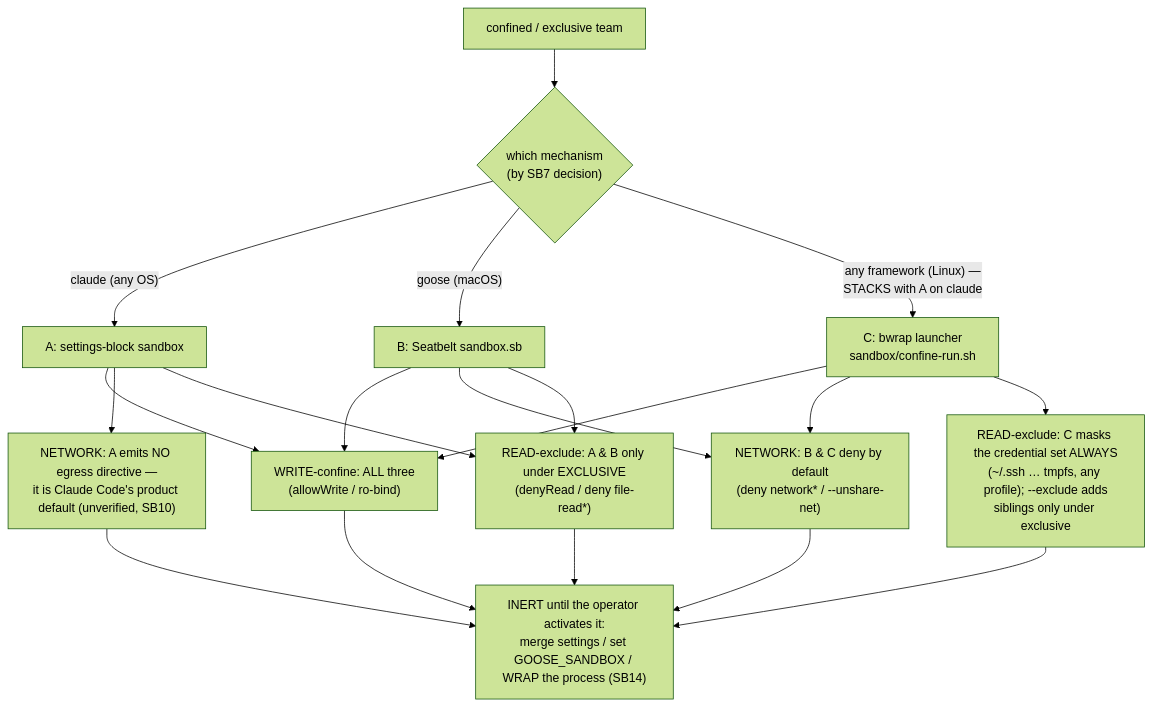
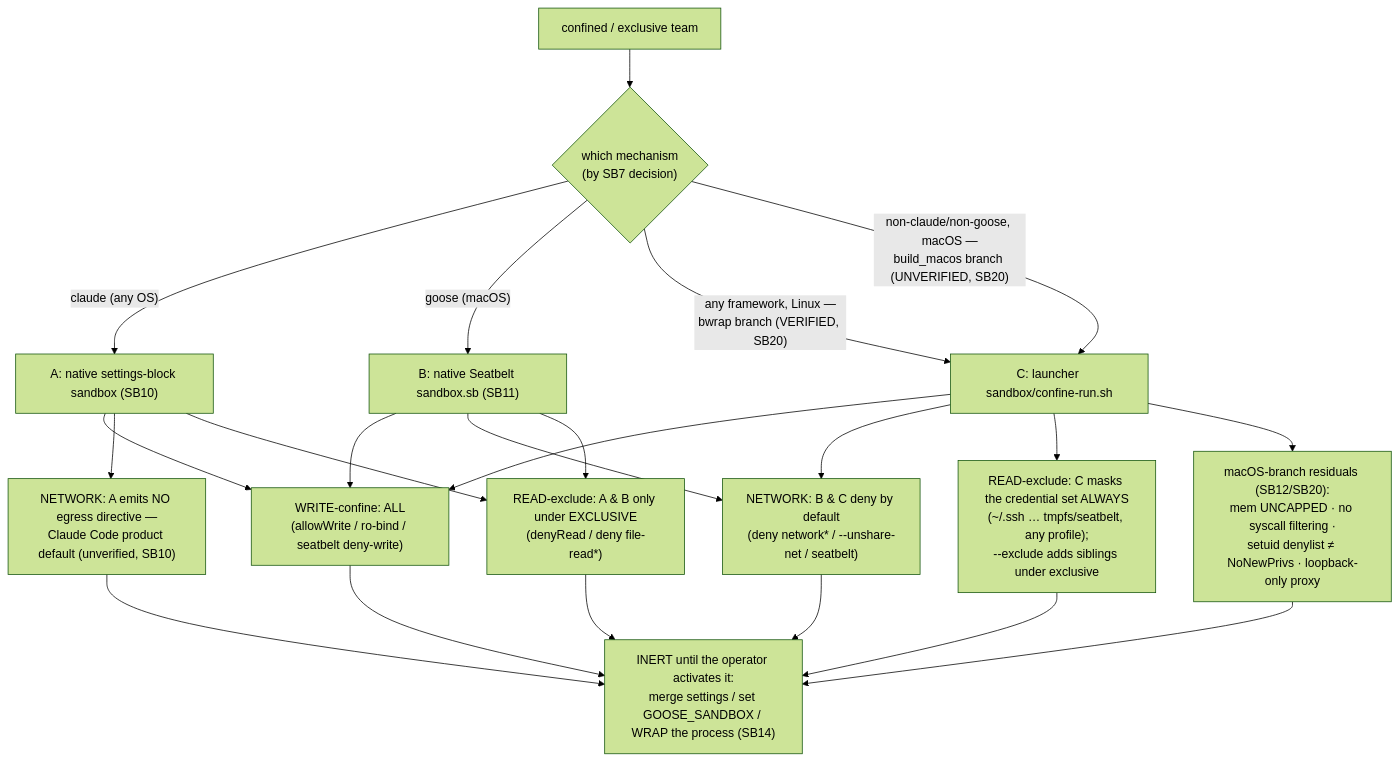
The third of 6 diagrams in docs_src/agentteams-sandboxing-guide/SKELETON.md (jlcatonjr/agentteams), drawn with Mermaid (forest theme) before and after one commit. The commit also changed other lines of this file and 16 other files, not shown here.

First line of the commit message:
docs(sandboxing): document the macOS augmentation of the confinement launcher

````diff
--- a/docs_src/agentteams-sandboxing-guide/SKELETON.md
+++ b/docs_src/agentteams-sandboxing-guide/SKELETON.md
@@ -313,21 +340,24 @@
 ```mermaid
 flowchart TD
     REQ["confined / exclusive team"] --> M{"which mechanism<br/>(by SB7 decision)"}
-    M -->|"claude (any OS)"| A["A: settings-block sandbox"]
-    M -->|"goose (macOS)"| B["B: Seatbelt sandbox.sb"]
-    M -->|"any framework (Linux) —<br/>STACKS with A on claude"| C["C: bwrap launcher<br/>sandbox/confine-run.sh"]
-    A --> WD["WRITE-confine: ALL three<br/>(allowWrite / ro-bind)"]
+    M -->|"claude (any OS)"| A["A: native settings-block sandbox (SB10)"]
+    M -->|"goose (macOS)"| B["B: native Seatbelt sandbox.sb (SB11)"]
+    M -->|"any framework, Linux —<br/>bwrap branch (VERIFIED, SB20)"| C["C: launcher sandbox/confine-run.sh"]
+    M -->|"non-claude/non-goose, macOS —<br/>build_macos branch (UNVERIFIED, SB20)"| C
+    A --> WD["WRITE-confine: ALL<br/>(allowWrite / ro-bind / seatbelt deny-write)"]
     B --> WD
     C --> WD
-    A --> NA["NETWORK: A emits NO egress directive —<br/>it is Claude Code's product default (unverified, SB10)"]
-    B --> NBC["NETWORK: B & C deny by default<br/>(deny network* / --unshare-net)"]
+    A --> NA["NETWORK: A emits NO egress directive —<br/>Claude Code product default (unverified, SB10)"]
+    B --> NBC["NETWORK: B & C deny by default<br/>(deny network* / --unshare-net / seatbelt)"]
     C --> NBC
     A --> RAB["READ-exclude: A & B only under EXCLUSIVE<br/>(denyRead / deny file-read*)"]
     B --> RAB
-    C --> RC["READ-exclude: C masks the credential set ALWAYS<br/>(~/.ssh … tmpfs, any profile); --exclude adds<br/>siblings only under exclusive"]
+    C --> RC["READ-exclude: C masks the credential set ALWAYS<br/>(~/.ssh … tmpfs/seatbelt, any profile);<br/>--exclude adds siblings under exclusive"]
+    C --> MAC["macOS-branch residuals (SB12/SB20):<br/>mem UNCAPPED · no syscall filtering ·<br/>setuid denylist ≠ NoNewPrivs · loopback-only proxy"]
     WD --> INERT["INERT until the operator activates it:<br/>merge settings / set GOOSE_SANDBOX / WRAP the process (SB14)"]
     NA --> INERT
     NBC --> INERT
     RAB --> INERT
     RC --> INERT
+    MAC --> INERT
 ```
````
